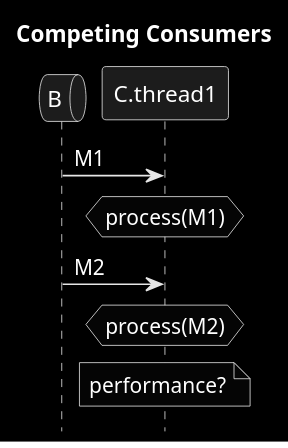
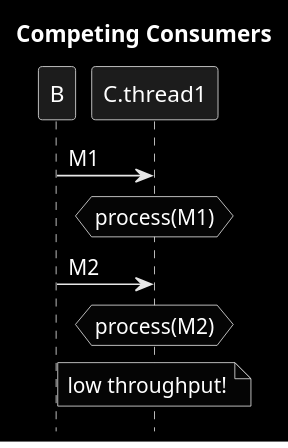
Before and after one commit to victorrentea/kafka: the diagram in patterns/2__competing_consumers.puml, drawn with PlantUML. The commit also changed 13 other files, not shown here.

```diff
--- a/patterns/2__competing_consumers.puml
+++ b/patterns/2__competing_consumers.puml
@@ -1,11 +1,11 @@
 @startuml
 title Competing Consumers
 hide footbox
 skinparam monochrome reverse
-queue B
 B->C.thread1: M1
 hnote over C.thread1: process(M1)
+
 B->C.thread1: M2
 hnote over C.thread1: process(M2)
-note over C.thread1: performance?
+note over C.thread1: low throughput!
 @enduml
```
